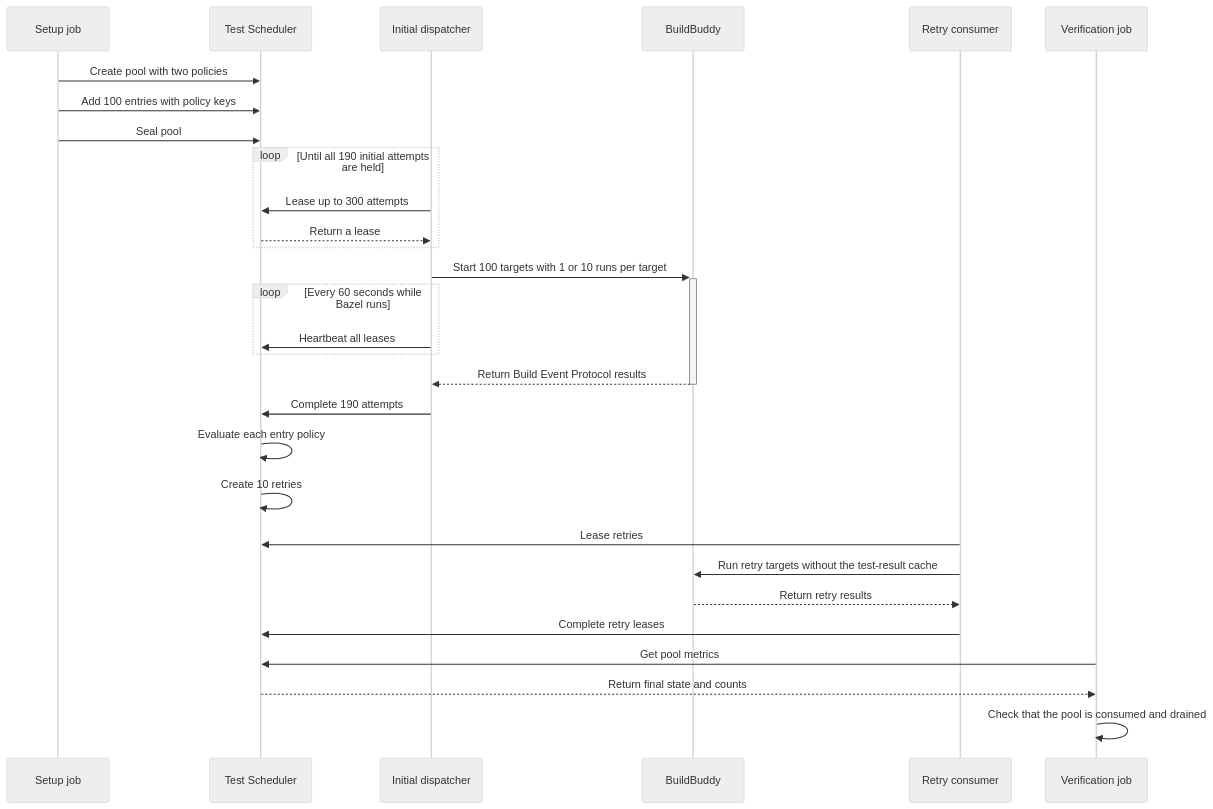
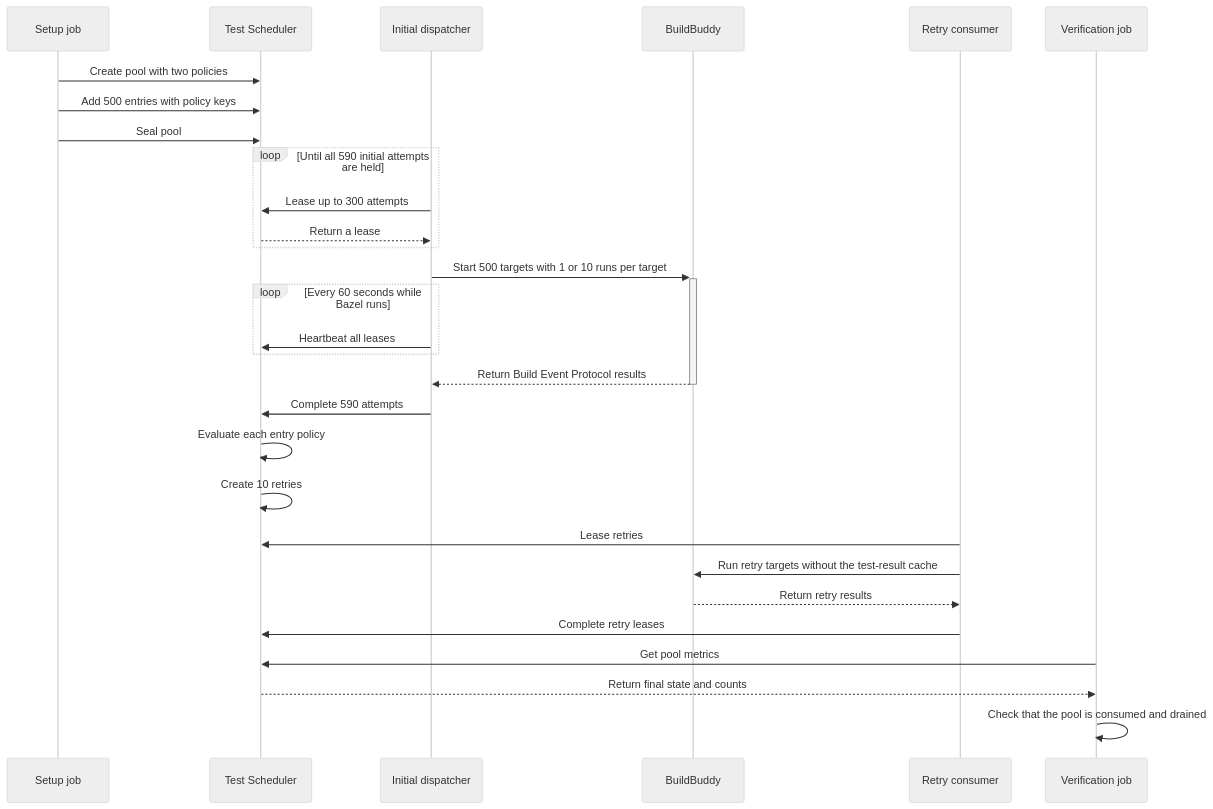
One commit to catkins/test-scheduler-bazel-demo changed the second of 2 diagrams in README.md. Above: the diagram before and after it, drawn with Mermaid (neutral theme). The commit also changed other lines of this file and 6 other files, not shown here.

````diff
--- a/README.md
+++ b/README.md
@@ -154,36 +155,36 @@
 ```mermaid
 sequenceDiagram
     participant S as Setup job
     participant TS as Test Scheduler
     participant D as Initial dispatcher
     participant BB as BuildBuddy
     participant R as Retry consumer
     participant V as Verification job
 
     S->>TS: Create pool with two policies
-    S->>TS: Add 100 entries with policy keys
+    S->>TS: Add 500 entries with policy keys
     S->>TS: Seal pool
 
-    loop Until all 190 initial attempts are held
+    loop Until all 590 initial attempts are held
         D->>TS: Lease up to 300 attempts
         TS-->>D: Return a lease
     end
-    D->>+BB: Start 100 targets with 1 or 10 runs per target
+    D->>+BB: Start 500 targets with 1 or 10 runs per target
     loop Every 60 seconds while Bazel runs
         D->>TS: Heartbeat all leases
     end
     BB-->>-D: Return Build Event Protocol results
-    D->>TS: Complete 190 attempts
+    D->>TS: Complete 590 attempts
 
     TS->>TS: Evaluate each entry policy
     TS->>TS: Create 10 retries
 
     R->>TS: Lease retries
     R->>BB: Run retry targets without the test-result cache
     BB-->>R: Return retry results
     R->>TS: Complete retry leases
 
     V->>TS: Get pool metrics
     TS-->>V: Return final state and counts
     V->>V: Check that the pool is consumed and drained
 ```
````
